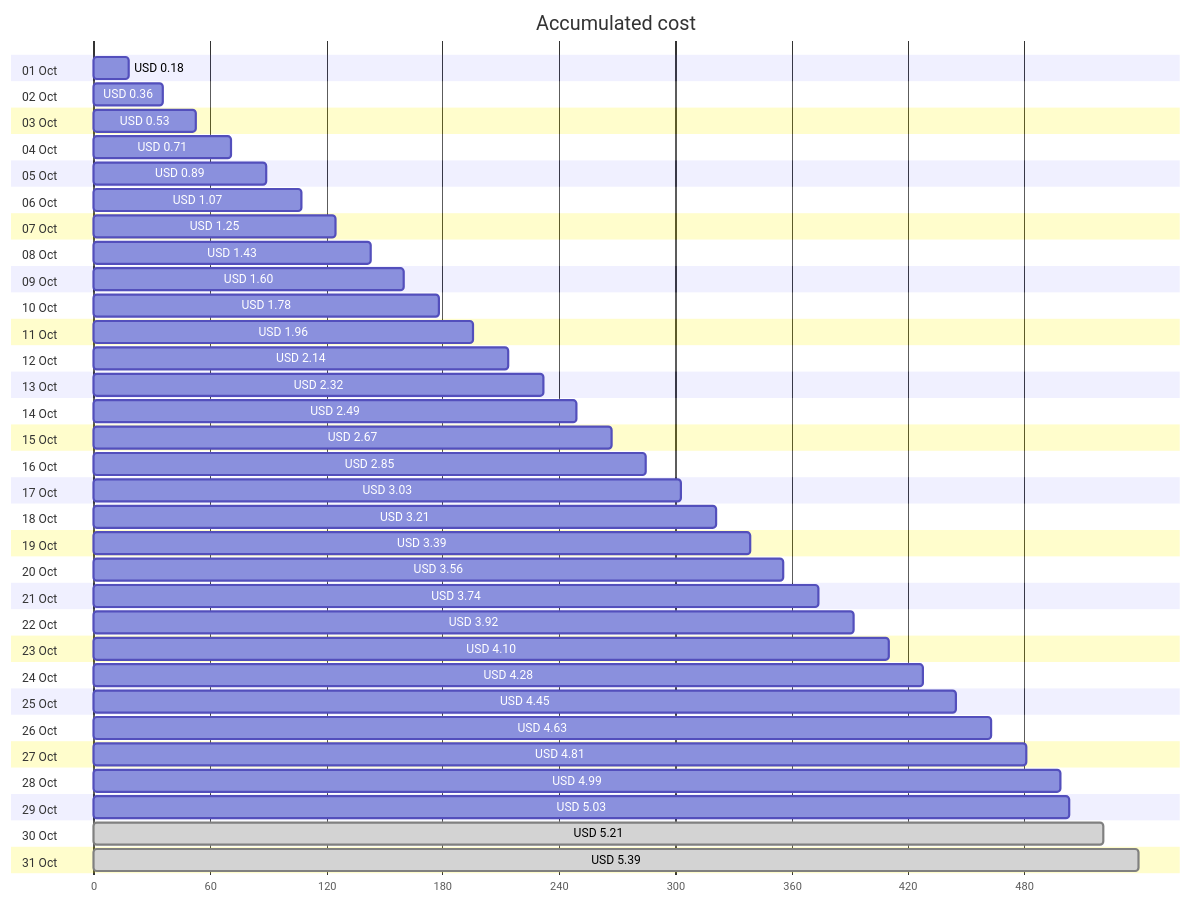
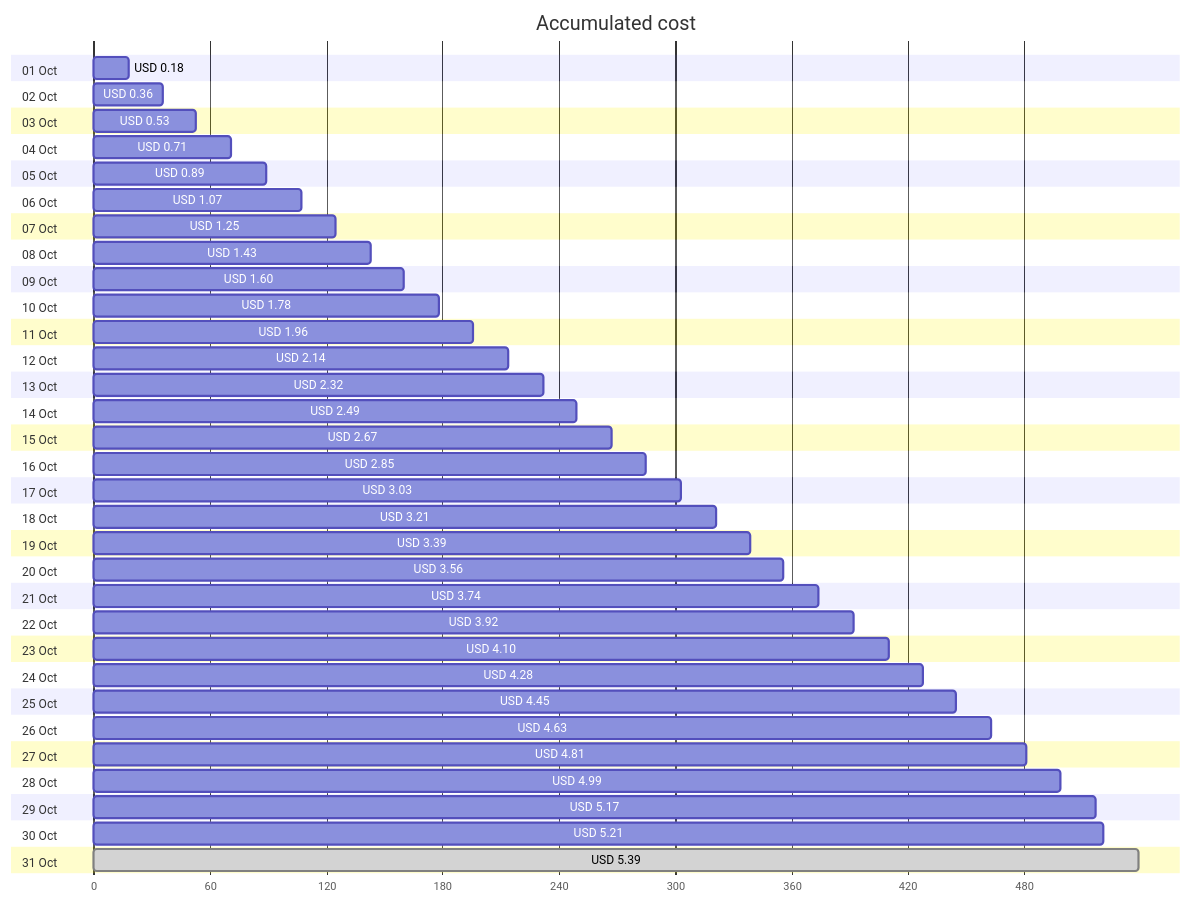
Before and after one commit to jpfulton/azure-personal-reports: the first of 4 diagrams in cost-reports/personal-network/backup-server.md, drawn with Mermaid. The commit also changed other lines of this file and 8 other files, not shown here.

````diff
--- a/cost-reports/personal-network/backup-server.md
+++ b/cost-reports/personal-network/backup-server.md
@@ -20,68 +20,68 @@
 ```mermaid
 gantt
    title Accumulated cost
    dateFormat  X
    axisFormat %s
    section 01 Oct
    USD 0.18 :0, 18
    section 02 Oct
    USD 0.36 :0, 36
    section 03 Oct
    USD 0.53 :0, 53
    section 04 Oct
    USD 0.71 :0, 71
    section 05 Oct
    USD 0.89 :0, 89
    section 06 Oct
    USD 1.07 :0, 107
    section 07 Oct
    USD 1.25 :0, 125
    section 08 Oct
    USD 1.43 :0, 143
    section 09 Oct
    USD 1.60 :0, 160
    section 10 Oct
    USD 1.78 :0, 178
    section 11 Oct
    USD 1.96 :0, 196
    section 12 Oct
    USD 2.14 :0, 214
    section 13 Oct
    USD 2.32 :0, 232
    section 14 Oct
    USD 2.49 :0, 249
    section 15 Oct
    USD 2.67 :0, 267
    section 16 Oct
    USD 2.85 :0, 285
    section 17 Oct
    USD 3.03 :0, 303
    section 18 Oct
    USD 3.21 :0, 321
    section 19 Oct
    USD 3.39 :0, 339
    section 20 Oct
    USD 3.56 :0, 356
    section 21 Oct
    USD 3.74 :0, 374
    section 22 Oct
    USD 3.92 :0, 392
    section 23 Oct
    USD 4.10 :0, 410
    section 24 Oct
    USD 4.28 :0, 428
    section 25 Oct
    USD 4.45 :0, 445
    section 26 Oct
    USD 4.63 :0, 463
    section 27 Oct
    USD 4.81 :0, 481
    section 28 Oct
    USD 4.99 :0, 499
    section 29 Oct
-   USD 5.03 :0, 503
+   USD 5.17 :0, 517
    section 30 Oct
-   USD 5.21 : done, 0, 521
+   USD 5.21 :0, 521
    section 31 Oct
    USD 5.39 : done, 0, 539
 ```
````
